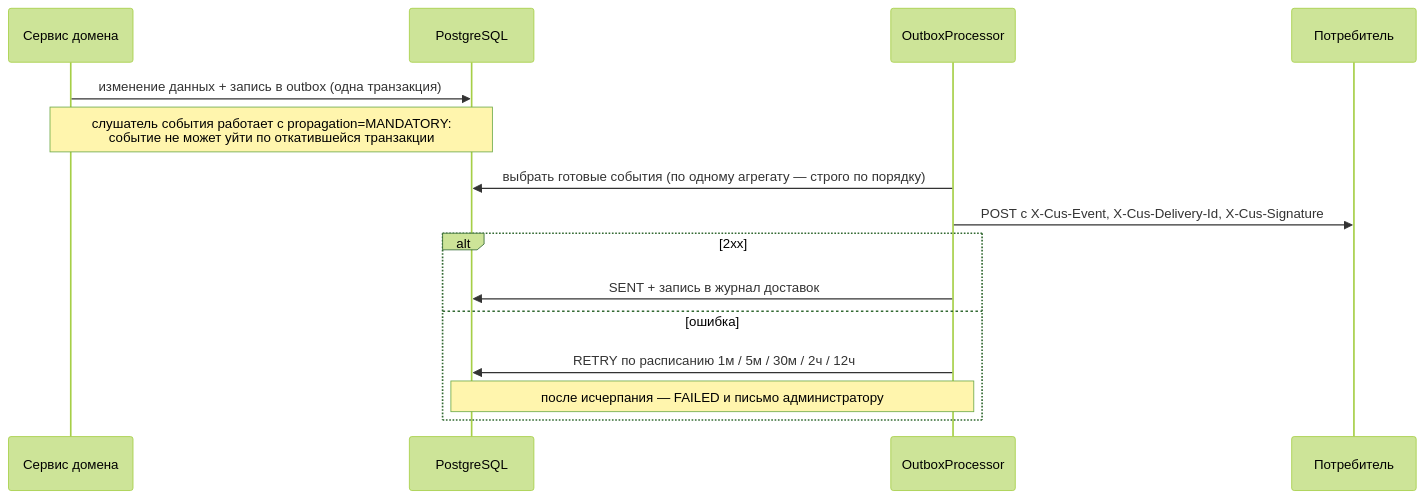
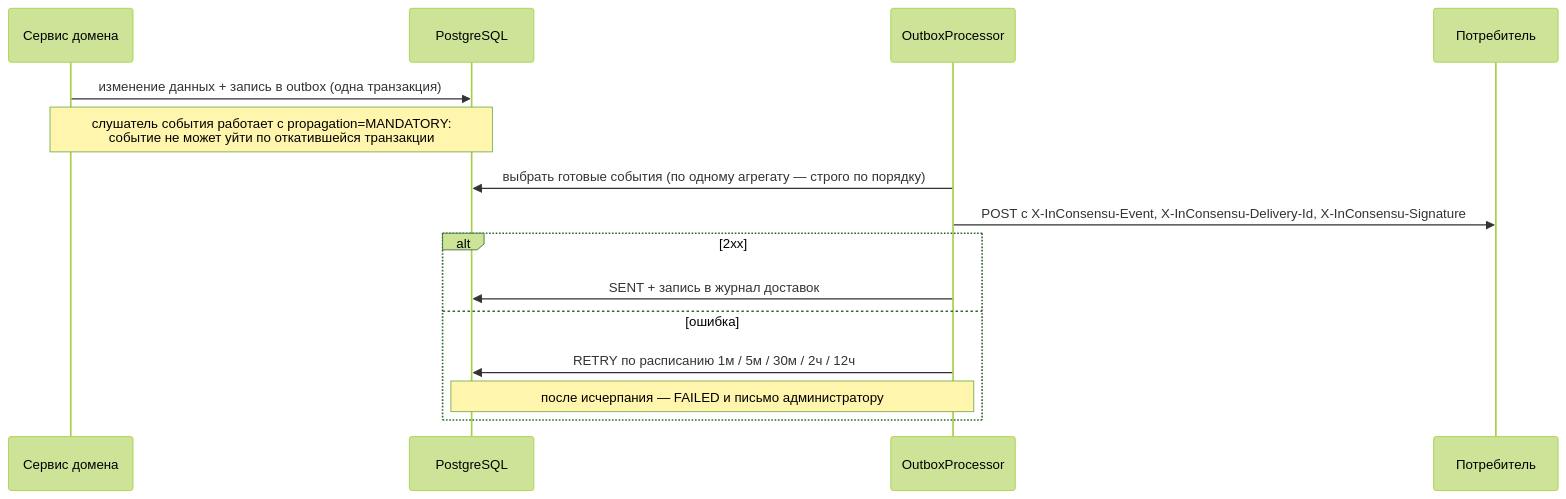
Before and after one commit to romabyr1989-bot/In_consensu: the fourth of 5 diagrams in docs/architecture.md, drawn with Mermaid (forest theme). The commit also changed other lines of this file and 697 other files, not shown here.

````diff
--- a/docs/architecture.md
+++ b/docs/architecture.md
@@ -133,18 +133,18 @@
 ```mermaid
 sequenceDiagram
   participant S as Сервис домена
   participant DB as PostgreSQL
   participant P as OutboxProcessor
   participant C as Потребитель
 
   S->>DB: изменение данных + запись в outbox (одна транзакция)
   Note over S,DB: слушатель события работает с propagation=MANDATORY:<br/>событие не может уйти по откатившейся транзакции
   P->>DB: выбрать готовые события (по одному агрегату — строго по порядку)
-  P->>C: POST с X-Cus-Event, X-Cus-Delivery-Id, X-Cus-Signature
+  P->>C: POST с X-InConsensu-Event, X-InConsensu-Delivery-Id, X-InConsensu-Signature
   alt 2xx
     P->>DB: SENT + запись в журнал доставок
   else ошибка
     P->>DB: RETRY по расписанию 1м / 5м / 30м / 2ч / 12ч
     Note over P,DB: после исчерпания — FAILED и письмо администратору
   end
 ```
````
